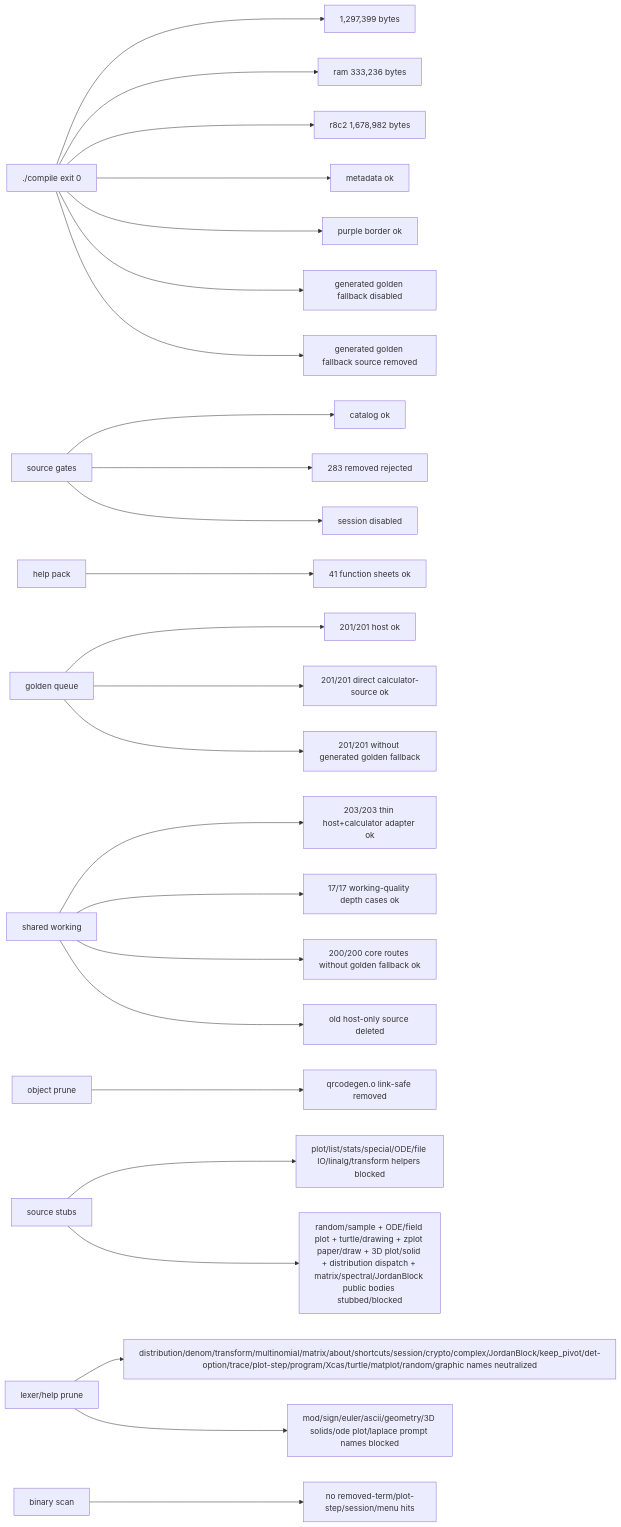
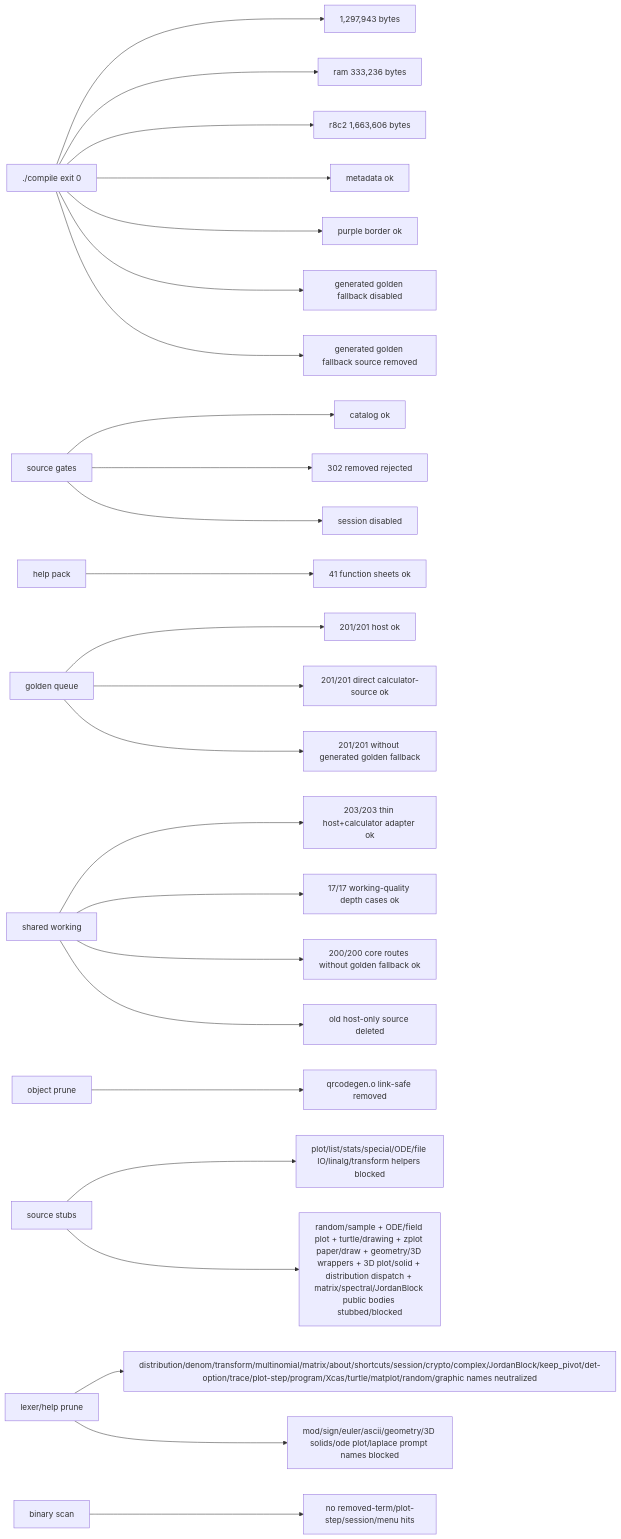
One commit to james8464/notes-addin-casio-fx-cg50 changed the seventh of 7 diagrams in docs/GRAPH.md. Above: the diagram before and after it, drawn with Mermaid. The commit also changed other lines of this file and 15 other files, not shown here.

Commit message:
prune: stub public geometry wrappers

````diff
--- a/docs/GRAPH.md
+++ b/docs/GRAPH.md
@@ -179,27 +181,27 @@
 ```mermaid
 graph LR
-  Build["./compile exit 0"] --> Size["1,297,399 bytes"]
+  Build["./compile exit 0"] --> Size["1,297,943 bytes"]
   Build --> Ram["ram 333,236 bytes"]
-  Build --> R8C2["r8c2 1,678,982 bytes"]
+  Build --> R8C2["r8c2 1,663,606 bytes"]
   Build --> Meta["metadata ok"]
   Build --> Border["purple border ok"]
   Build --> NoRuntimeFallback["generated golden fallback disabled"]
   Build --> NoRuntimeSource["generated golden fallback source removed"]
   Source["source gates"] --> Catalog["catalog ok"]
-  Source --> Removed["283 removed rejected"]
+  Source --> Removed["302 removed rejected"]
   Source --> Session["session disabled"]
   Help["help pack"] --> HelpQ["41 function sheets ok"]
   Queue["golden queue"] --> QueueRun["201/201 host ok"]
   Queue --> GoldenRun["201/201 direct calculator-source ok"]
   Queue --> NoGolden["201/201 without generated golden fallback"]
   Shared["shared working"] --> SharedRun["203/203 thin host+calculator adapter ok"]
   Shared --> WorkQ["17/17 working-quality depth cases ok"]
   Shared --> CoreRun["200/200 core routes without golden fallback ok"]
   Shared --> NoHostSrc["old host-only source deleted"]
   Obj["object prune"] --> QR["qrcodegen.o link-safe removed"]
   Macro["source stubs"] --> Stubbed["plot/list/stats/special/ODE/file IO/linalg/transform helpers blocked"]
-  Macro --> RuntimeStubbed["random/sample + ODE/field plot + turtle/drawing + zplot paper/draw + 3D plot/solid + distribution dispatch + matrix/spectral/JordanBlock public bodies stubbed/blocked"]
+  Macro --> RuntimeStubbed["random/sample + ODE/field plot + turtle/drawing + zplot paper/draw + geometry/3D wrappers + 3D plot/solid + distribution dispatch + matrix/spectral/JordanBlock public bodies stubbed/blocked"]
   Static["lexer/help prune"] --> StaticRun["distribution/denom/transform/multinomial/matrix/about/shortcuts/session/crypto/complex/JordanBlock/keep_pivot/det-option/trace/plot-step/program/Xcas/turtle/matplot/random/graphic names neutralized"]
   Static --> PromptRun["mod/sign/euler/ascii/geometry/3D solids/ode plot/laplace prompt names blocked"]
   Bin["binary scan"] --> NoLeak["no removed-term/plot-step/session/menu hits"]
 ```
````
